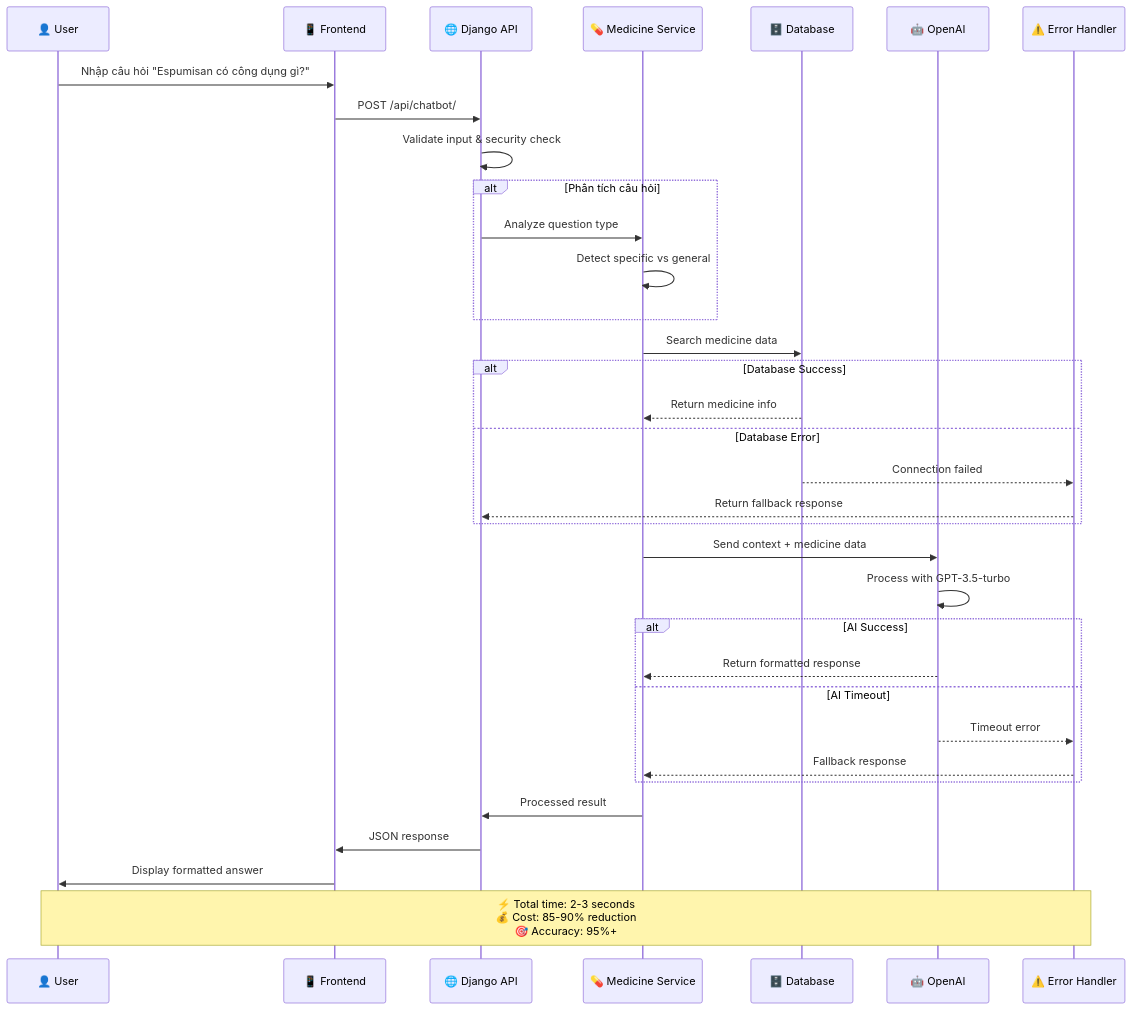
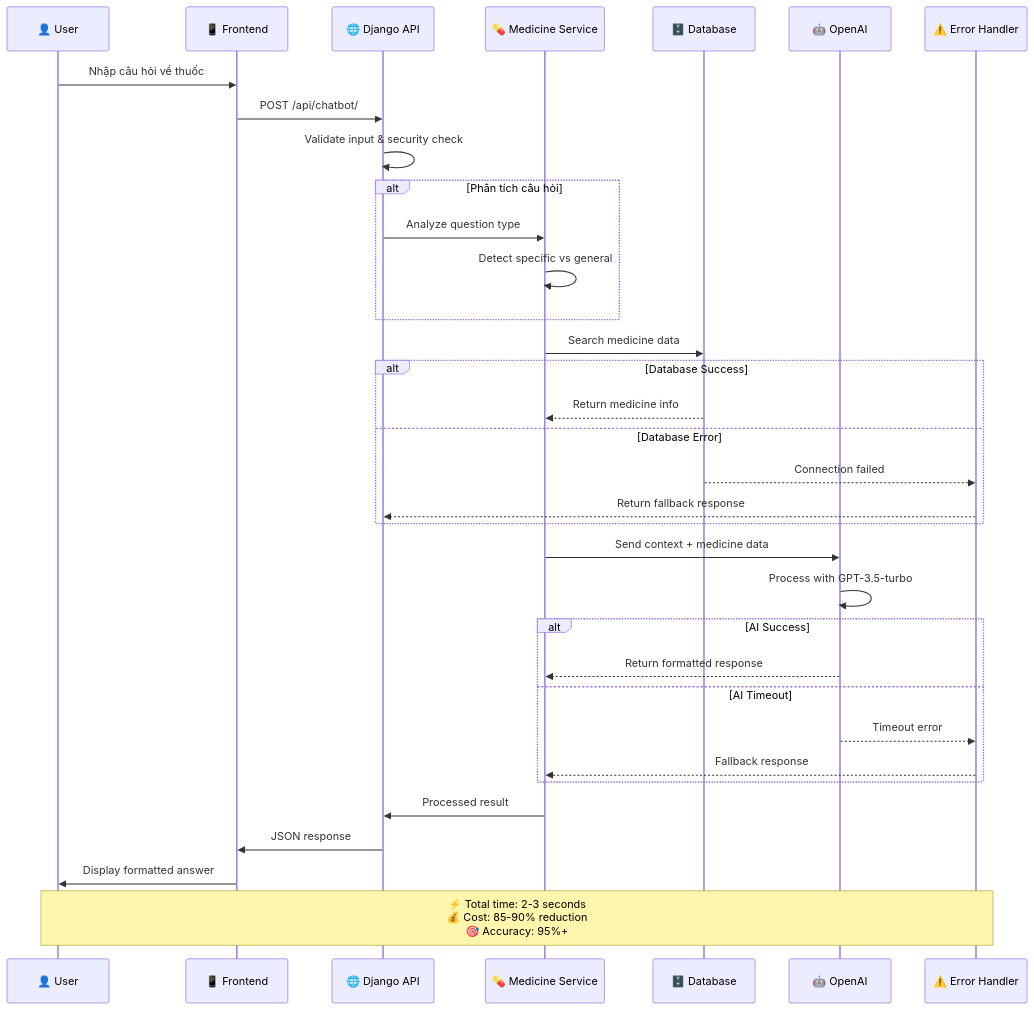
One commit to trinhgiaphuc0402/ok changed the second of 3 diagrams in README.md. Above: the diagram before and after it, drawn with Mermaid. The commit also changed other lines of this file, not shown here.

````diff
--- a/README.md
+++ b/README.md
@@ -109,43 +109,43 @@
 ```mermaid
 sequenceDiagram
     participant U as 👤 User
     participant F as 📱 Frontend
     participant API as 🌐 Django API
     participant MS as 💊 Medicine Service
     participant DB as 🗄️ Database
     participant AI as 🤖 OpenAI
     participant ER as ⚠️ Error Handler
     
-    U->>F: Nhập câu hỏi "Espumisan có công dụng gì?"
+    U->>F: Nhập câu hỏi về thuốc
     F->>API: POST /api/chatbot/
     API->>API: Validate input & security check
     
     alt Phân tích câu hỏi
         API->>MS: Analyze question type
         MS->>MS: Detect specific vs general
     end
     
     MS->>DB: Search medicine data
     alt Database Success
         DB-->>MS: Return medicine info
     else Database Error
         DB-->>ER: Connection failed
         ER-->>API: Return fallback response
     end
     
     MS->>AI: Send context + medicine data
     AI->>AI: Process with GPT-3.5-turbo
     
     alt AI Success
         AI-->>MS: Return formatted response
     else AI Timeout
         AI-->>ER: Timeout error
         ER-->>MS: Fallback response
     end
     
     MS->>API: Processed result
     API->>F: JSON response
     F->>U: Display formatted answer
     
     Note over U,ER: ⚡ Total time: 2-3 seconds<br/>💰 Cost: 85-90% reduction<br/>🎯 Accuracy: 95%+
 ```
````
